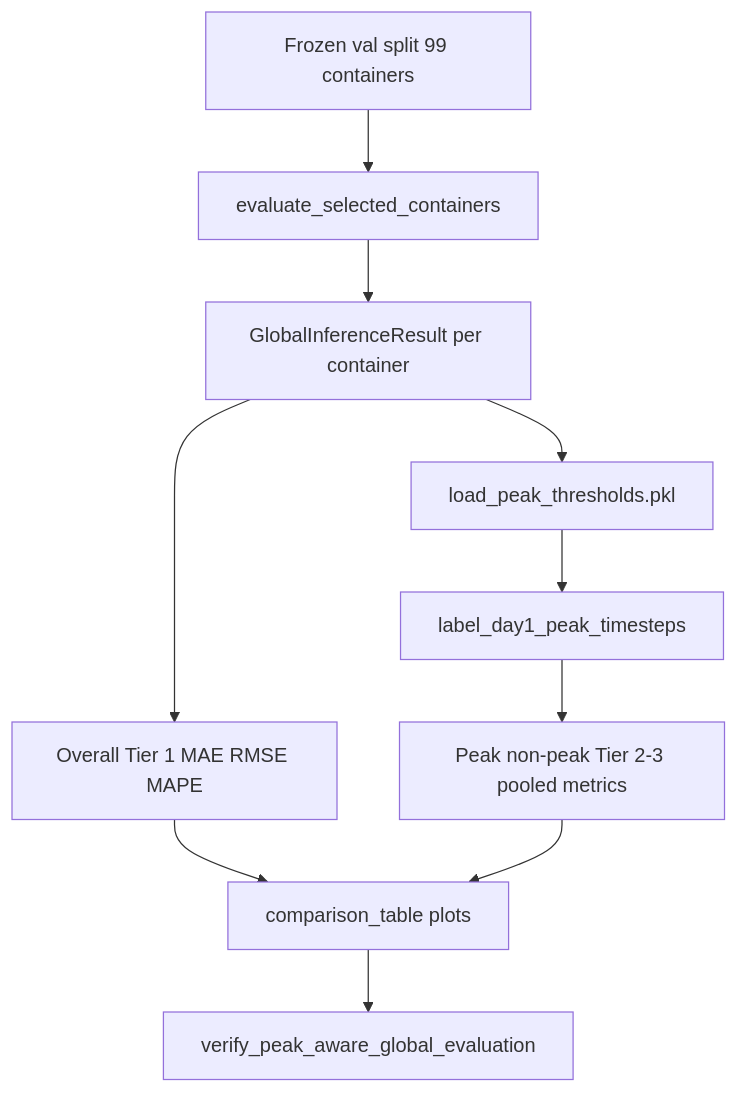
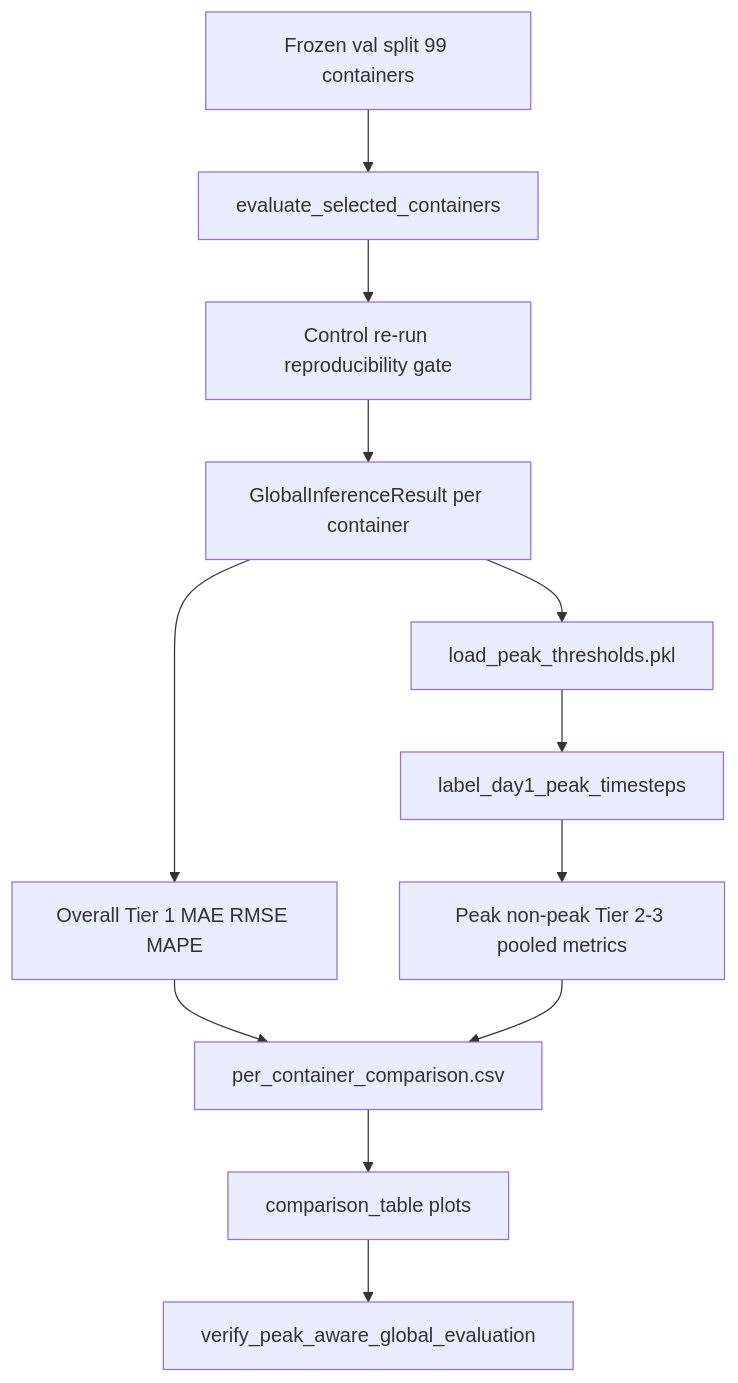
The diagram in docs/peak-aware-global/stage-03-evaluation-plan.md (vimalehaan/FYP_GRU_Prophet), drawn with Mermaid before and after one commit. The commit also changed other lines of this file and 119 other files, not shown here.

````diff
--- a/docs/peak-aware-global/stage-03-evaluation-plan.md
+++ b/docs/peak-aware-global/stage-03-evaluation-plan.md
@@ -348,12 +635,14 @@
 ```mermaid
 flowchart TD
     A[Frozen val split 99 containers] --> B[evaluate_selected_containers]
-    B --> C[GlobalInferenceResult per container]
-    C --> D[Overall Tier 1 MAE RMSE MAPE]
-    C --> E[load_peak_thresholds.pkl]
-    E --> F[label_day1_peak_timesteps]
-    F --> G[Peak non-peak Tier 2-3 pooled metrics]
-    D --> H[comparison_table plots]
-    G --> H
-    H --> I[verify_peak_aware_global_evaluation]
+    B --> C[Control re-run reproducibility gate]
+    C --> D[GlobalInferenceResult per container]
+    D --> E[Overall Tier 1 MAE RMSE MAPE]
+    D --> F[load_peak_thresholds.pkl]
+    F --> G[label_day1_peak_timesteps]
+    G --> H[Peak non-peak Tier 2-3 pooled metrics]
+    E --> I[per_container_comparison.csv]
+    H --> I
+    I --> J[comparison_table plots]
+    J --> K[verify_peak_aware_global_evaluation]
 ```
````
